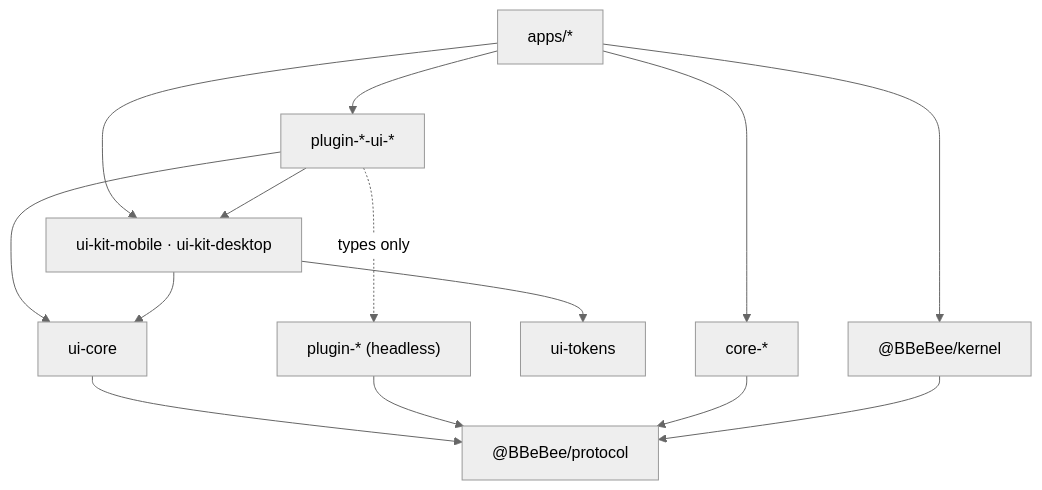
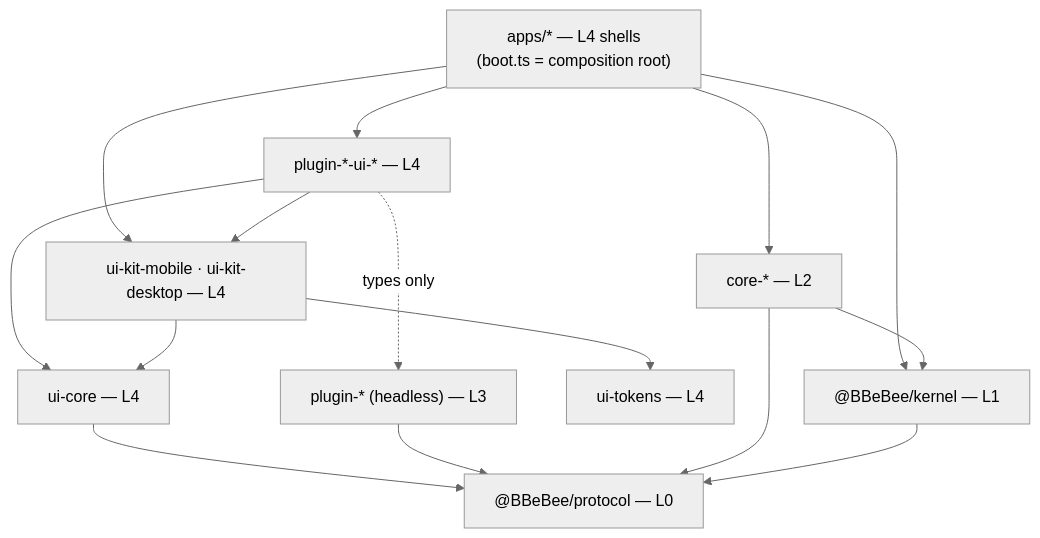
Before and after one commit to BBeBeeX/B_Be_Bee_X: the diagram in docs/09-project-structure.md, drawn with Mermaid (neutral theme). The commit also changed other lines of this file and 7 other files, not shown here.

First line of the commit message:
Refactor architecture documentation to clarify layer model and dependencies

````diff
--- a/docs/09-project-structure.md
+++ b/docs/09-project-structure.md
@@ -134,16 +147,17 @@
 ```mermaid
 flowchart TD
-    apps["apps/*"] --> uikit["ui-kit-mobile · ui-kit-desktop"]
-    apps --> kernel["@BBeBee/kernel"]
-    apps --> pluginui["plugin-*-ui-*"]
+    apps["apps/* — L4 shells<br/>(boot.ts = composition root)"] --> uikit["ui-kit-mobile · ui-kit-desktop — L4"]
+    apps --> kernel["@BBeBee/kernel — L1"]
+    apps --> pluginui["plugin-*-ui-* — L4"]
     pluginui --> uikit
-    pluginui --> uicore["ui-core"]
+    pluginui --> uicore["ui-core — L4"]
     uikit --> uicore
-    uikit --> tokens["ui-tokens"]
-    uicore --> protocol["@BBeBee/protocol"]
-    pluginui -.->|types only| headless["plugin-* (headless)"]
+    uikit --> tokens["ui-tokens — L4"]
+    uicore --> protocol["@BBeBee/protocol — L0"]
+    pluginui -.->|types only| headless["plugin-* (headless) — L3"]
     headless --> protocol
-    core["core-*"] --> protocol
+    core["core-* — L2"] --> protocol
+    core --> kernel
     kernel --> protocol
     apps --> core
 ```
````
